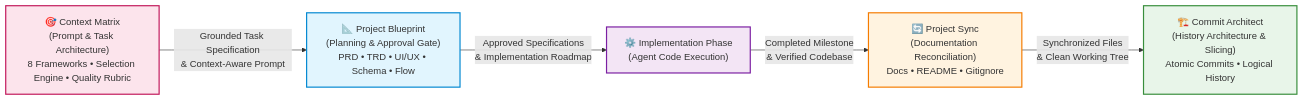
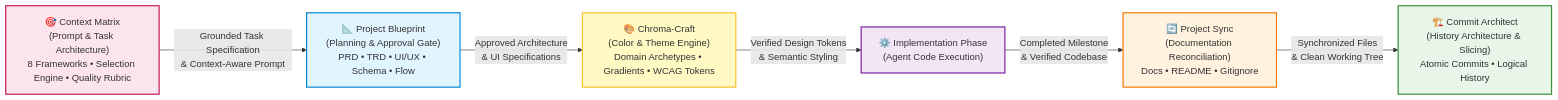
One commit to swayamprabhu2005/agent-dev-skills changed the diagram in README.md. Above: the diagram before and after it, drawn with Mermaid. The commit also changed other lines of this file, not shown here.

Commit message:
Update central documentation to include chroma-craft in skills collection

````diff
--- a/README.md
+++ b/README.md
@@ -43,13 +44,15 @@
 ```mermaid
 flowchart LR
     CM["🎯 Context Matrix\n(Prompt & Task Architecture)\n8 Frameworks • Selection Engine • Quality Rubric"] -->|"Grounded Task Specification\n& Context-Aware Prompt"| A["📐 Project Blueprint\n(Planning & Approval Gate)\nPRD • TRD • UI/UX • Schema • Flow"]
-    A -->|"Approved Specifications\n& Implementation Roadmap"| Dev["⚙️ Implementation Phase\n(Agent Code Execution)"]
+    A -->|"Approved Architecture\n& UI Specifications"| CC["🎨 Chroma-Craft\n(Color & Theme Engine)\nDomain Archetypes • Gradients • WCAG Tokens"]
+    CC -->|"Verified Design Tokens\n& Semantic Styling"| Dev["⚙️ Implementation Phase\n(Agent Code Execution)"]
     Dev -->|"Completed Milestone\n& Verified Codebase"| B["🔄 Project Sync\n(Documentation Reconciliation)\nDocs • README • Gitignore"]
     B -->|"Synchronized Files\n& Clean Working Tree"| C["🏗️ Commit Architect\n(History Architecture & Slicing)\nAtomic Commits • Logical History"]
 
     style CM fill:#fce4ec,stroke:#c2185b,stroke-width:2px
     style A fill:#e1f5fe,stroke:#0288d1,stroke-width:2px
+    style CC fill:#fff9c4,stroke:#fbc02d,stroke-width:2px
     style Dev fill:#f3e5f5,stroke:#7b1fa2,stroke-width:2px
     style B fill:#fff3e0,stroke:#f57c00,stroke-width:2px
     style C fill:#e8f5e9,stroke:#388e3c,stroke-width:2px
 ```
````
